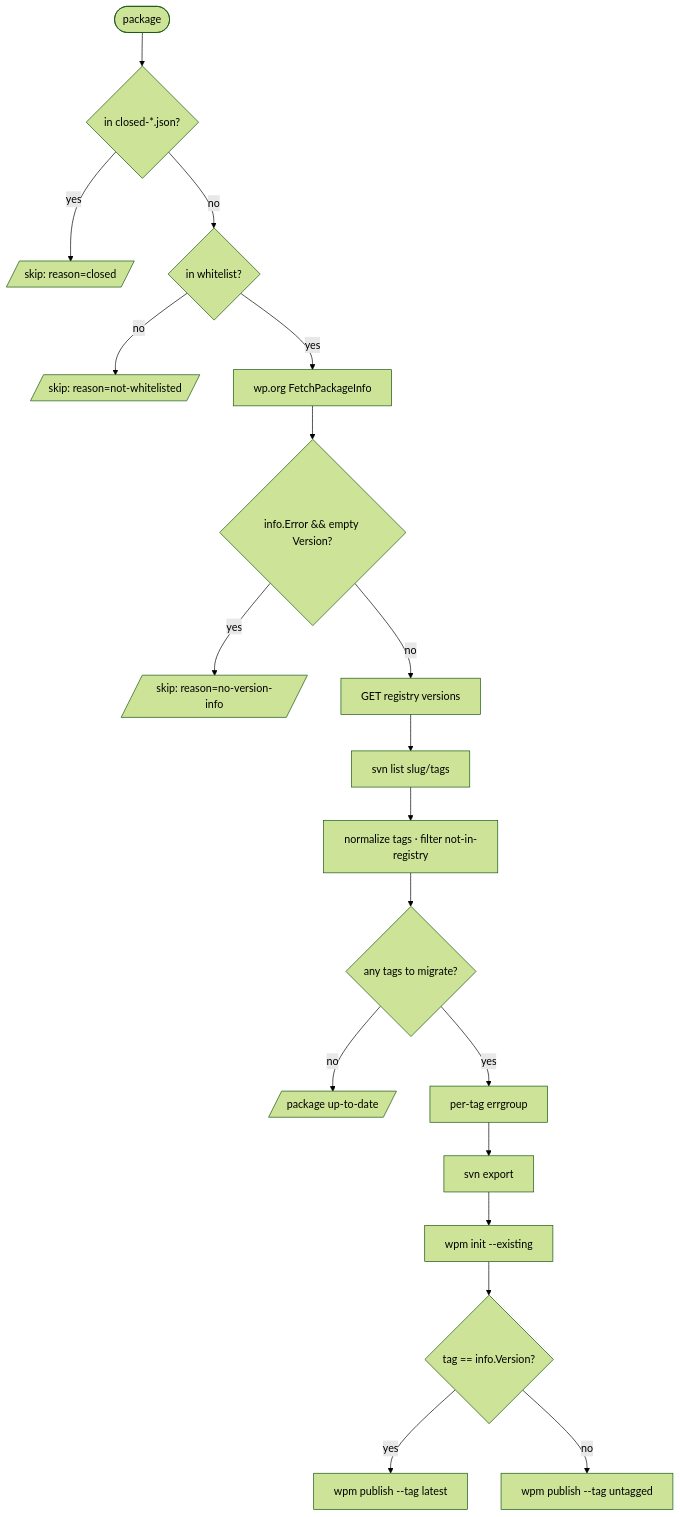
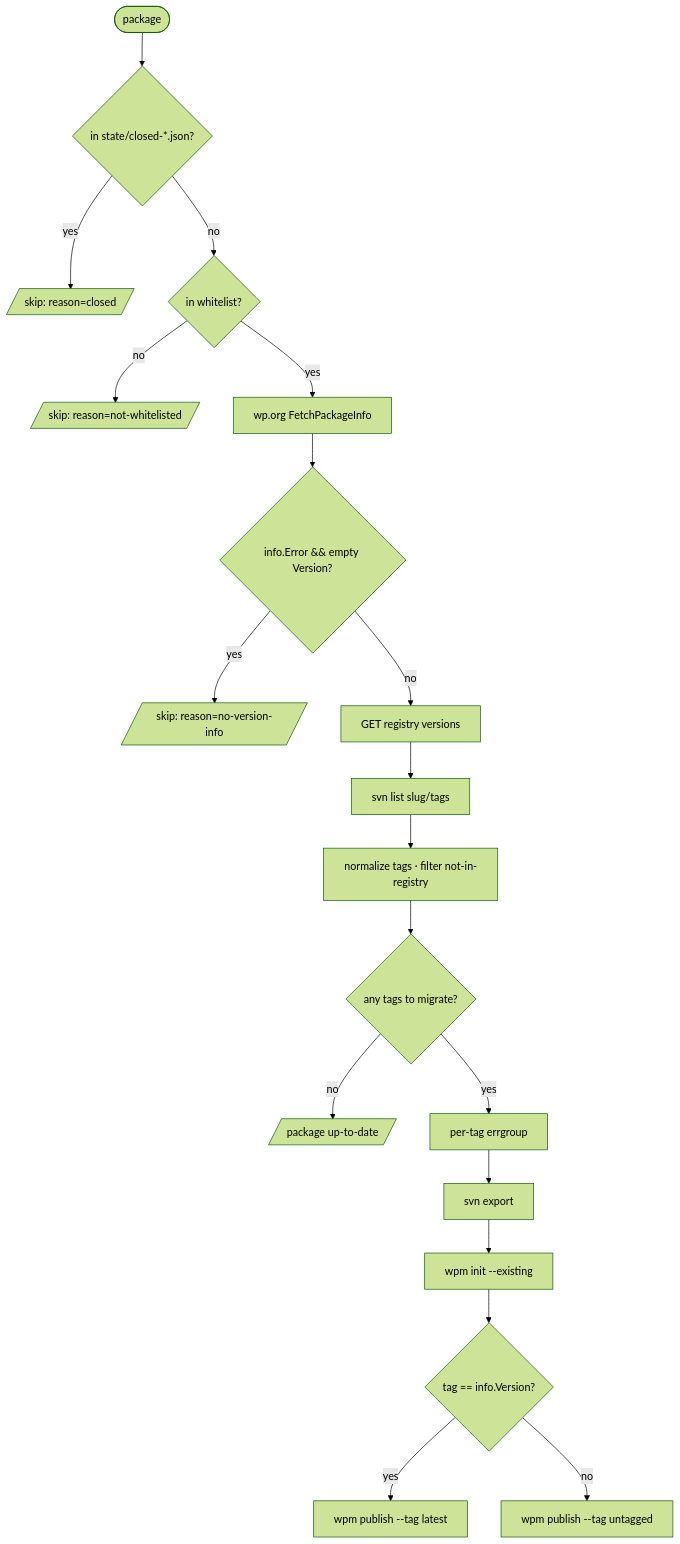
The fifth of 5 diagrams in DOCS.md (trywpm/wp-to-wpm), drawn with Mermaid (forest theme) before and after one commit. The commit also changed other lines of this file and 5 other files, not shown here.

````diff
--- a/DOCS.md
+++ b/DOCS.md
@@ -248,21 +249,21 @@
 ```mermaid
 flowchart TD
-    P([package]) --> C1{in closed-*.json?}
+    P([package]) --> C1{in state/closed-*.json?}
     C1 -- yes --> S1[/skip: reason=closed/]
     C1 -- no --> C2{in whitelist?}
     C2 -- no --> S2[/skip: reason=not-whitelisted/]
     C2 -- yes --> Info[wp.org FetchPackageInfo]
     Info --> C3{info.Error && empty Version?}
     C3 -- yes --> S3[/skip: reason=no-version-info/]
     C3 -- no --> Reg[GET registry versions]
     Reg --> Svn[svn list slug/tags]
     Svn --> Tags[normalize tags · filter not-in-registry]
     Tags --> Empty{any tags to migrate?}
     Empty -- no --> S4[/package up-to-date/]
     Empty -- yes --> Pub[per-tag errgroup]
     Pub --> Exp[svn export]
     Exp --> Init[wpm init --existing]
     Init --> Dist{tag == info.Version?}
     Dist -- yes --> P1[wpm publish --tag latest]
     Dist -- no --> P2[wpm publish --tag untagged]
 ```
````
